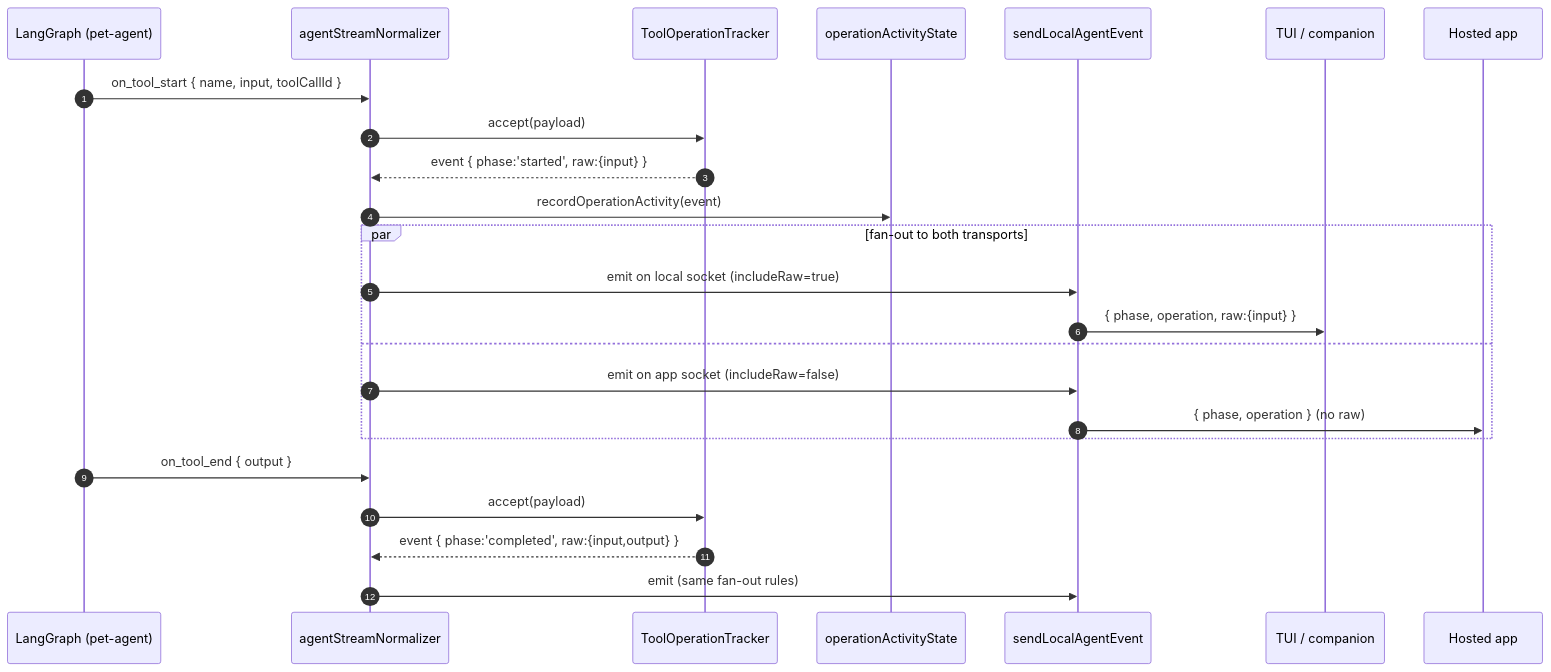
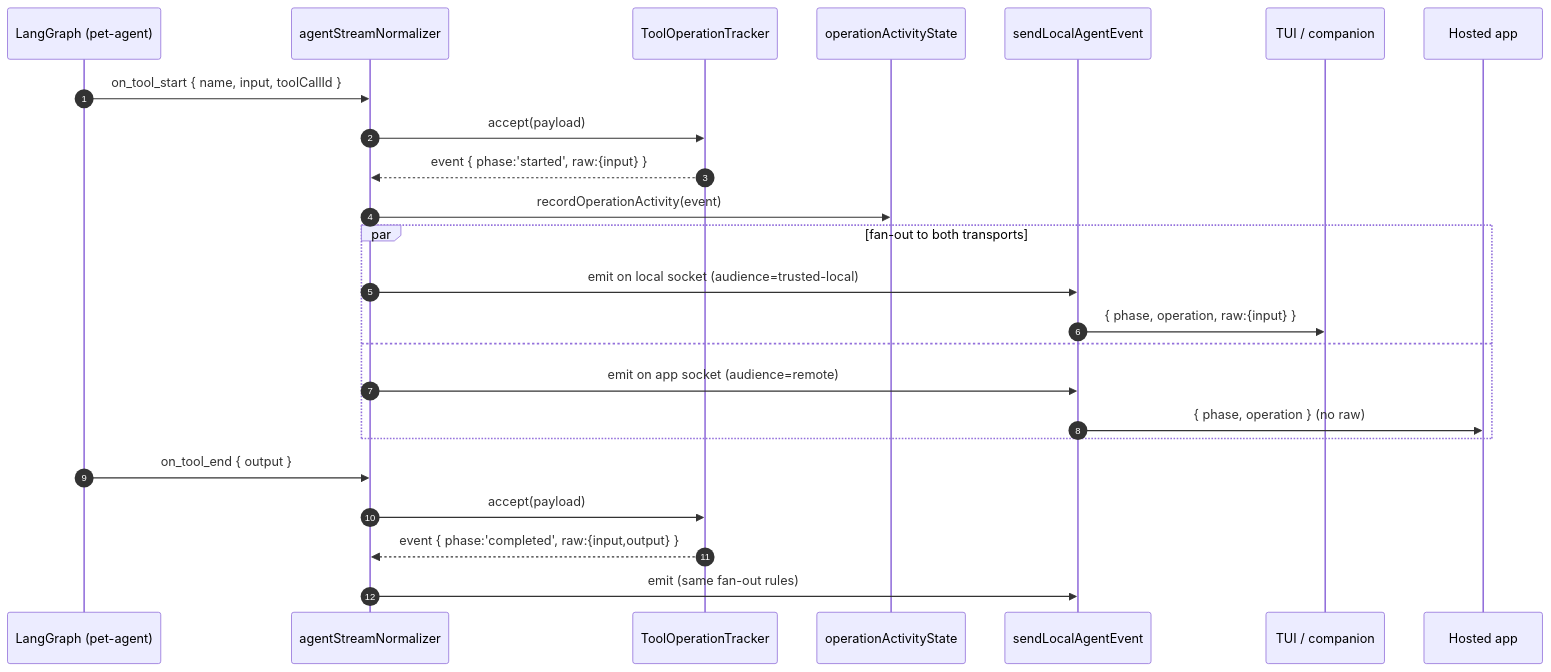
Before and after one commit to pinpawo/pinpawo-agent: the second of 2 diagrams in services/local-agent/docs/local-agent-events.md, drawn with Mermaid. The commit also changed other lines of this file and 83 other files, not shown here.

````diff
--- a/services/local-agent/docs/local-agent-events.md
+++ b/services/local-agent/docs/local-agent-events.md
@@ -74,28 +76,28 @@
 ```mermaid
 sequenceDiagram
   autonumber
   participant Graph as LangGraph (pet-agent)
   participant Norm as agentStreamNormalizer
   participant Track as ToolOperationTracker
   participant Act as operationActivityState
   participant Send as sendLocalAgentEvent
   participant Local as TUI / companion
   participant App as Hosted app
 
   Graph->>Norm: on_tool_start { name, input, toolCallId }
   Norm->>Track: accept(payload)
   Track-->>Norm: event { phase:'started', raw:{input} }
   Norm->>Act: recordOperationActivity(event)
   par fan-out to both transports
-    Norm->>Send: emit on local socket (includeRaw=true)
+    Norm->>Send: emit on local socket (audience=trusted-local)
     Send->>Local: { phase, operation, raw:{input} }
   and
-    Norm->>Send: emit on app socket (includeRaw=false)
+    Norm->>Send: emit on app socket (audience=remote)
     Send->>App: { phase, operation }  (no raw)
   end
 
   Graph->>Norm: on_tool_end { output }
   Norm->>Track: accept(payload)
   Track-->>Norm: event { phase:'completed', raw:{input,output} }
   Norm->>Send: emit (same fan-out rules)
 ```
````
